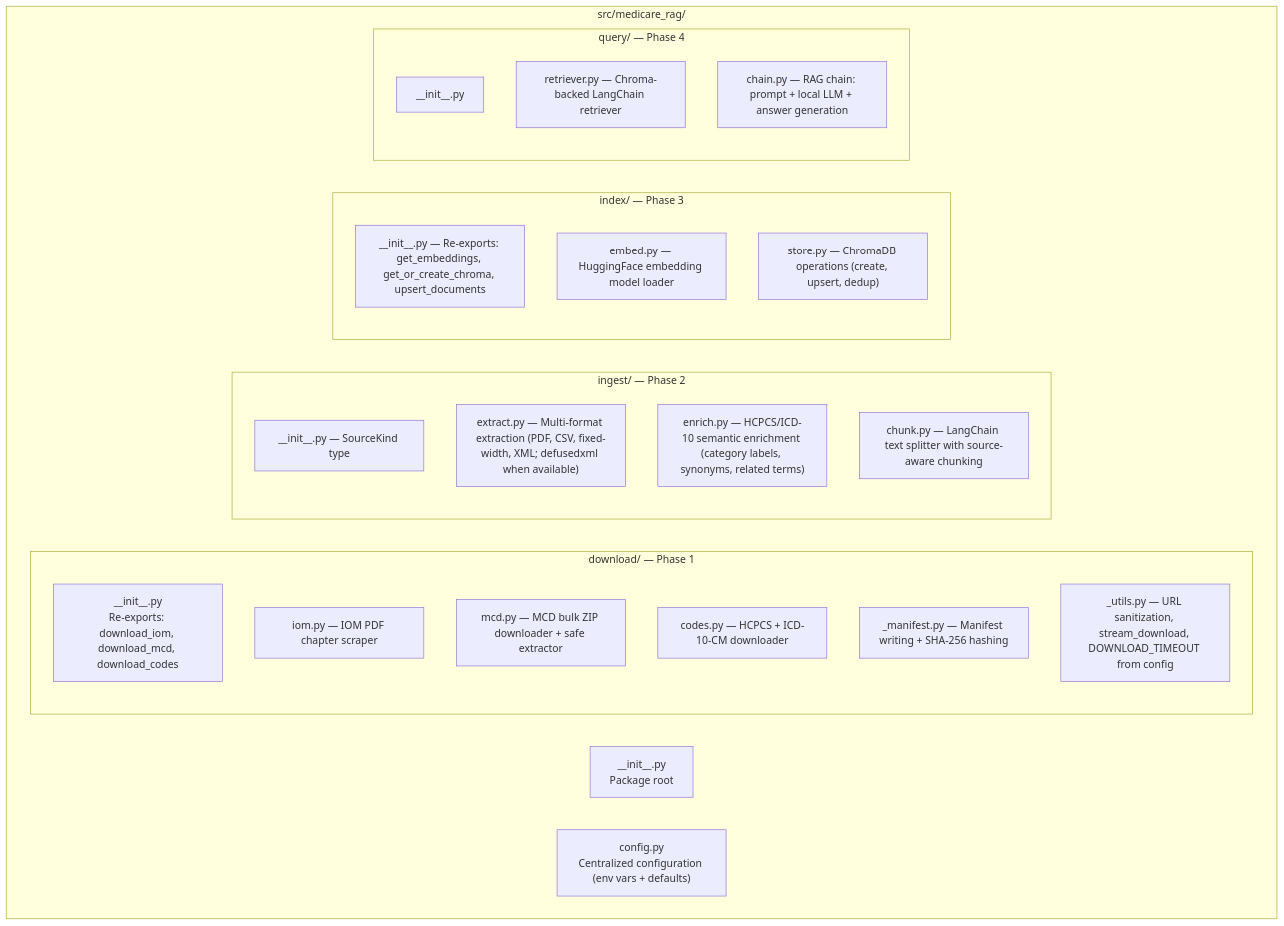
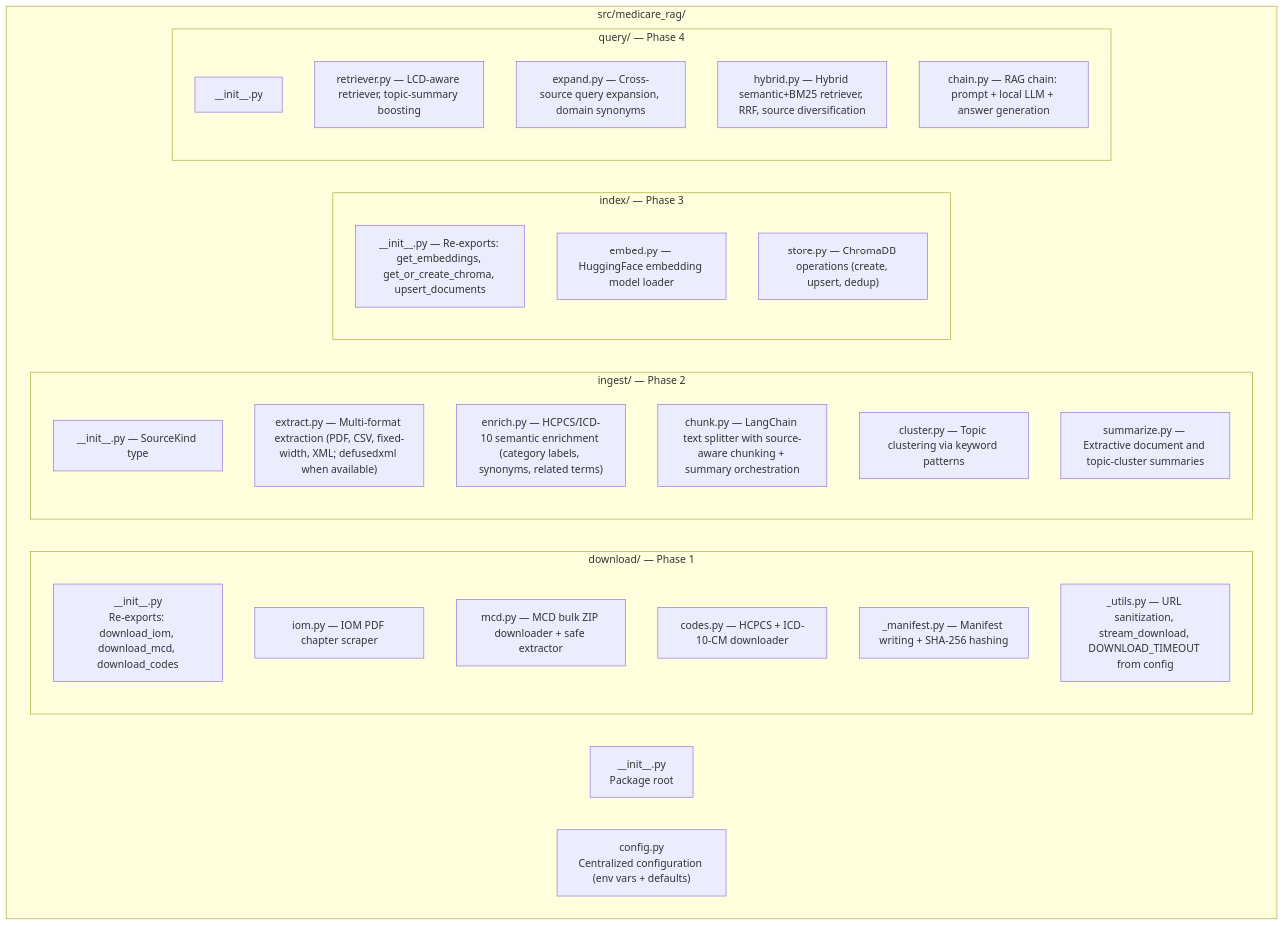
The seventh of 8 diagrams in ARCHITECTURE.md (csmangum/insurance_rag), drawn with Mermaid before and after one commit. The commit also changed other lines of this file, not shown here.

First line of the commit message:
docs: update ARCHITECTURE.md with hybrid retriever, topic summaries, and new config

````diff
--- a/ARCHITECTURE.md
+++ b/ARCHITECTURE.md
@@ -227,35 +283,39 @@
 ```mermaid
 flowchart TB
   subgraph Root["src/medicare_rag/"]
     Init["__init__.py\nPackage root"]
     Config["config.py\nCentralized configuration (env vars + defaults)"]
 
     subgraph Download["download/ — Phase 1"]
       DInit["__init__.py\nRe-exports: download_iom, download_mcd, download_codes"]
       IOM["iom.py — IOM PDF chapter scraper"]
       MCD["mcd.py — MCD bulk ZIP downloader + safe extractor"]
       Codes["codes.py — HCPCS + ICD-10-CM downloader"]
       Manifest["_manifest.py — Manifest writing + SHA-256 hashing"]
       Utils["_utils.py — URL sanitization, stream_download, DOWNLOAD_TIMEOUT from config"]
     end
 
     subgraph Ingest["ingest/ — Phase 2"]
       IInit["__init__.py — SourceKind type"]
       Extract["extract.py — Multi-format extraction (PDF, CSV, fixed-width, XML; defusedxml when available)"]
       Enrich["enrich.py — HCPCS/ICD-10 semantic enrichment (category labels, synonyms, related terms)"]
-      Chunk["chunk.py — LangChain text splitter with source-aware chunking"]
+      Chunk["chunk.py — LangChain text splitter with source-aware chunking + summary orchestration"]
+      Cluster["cluster.py — Topic clustering via keyword patterns"]
+      Summarize["summarize.py — Extractive document and topic-cluster summaries"]
     end
 
     subgraph Index["index/ — Phase 3"]
       IdxInit["__init__.py — Re-exports: get_embeddings, get_or_create_chroma, upsert_documents"]
       Embed["embed.py — HuggingFace embedding model loader"]
       Store["store.py — ChromaDB operations (create, upsert, dedup)"]
     end
 
     subgraph Query["query/ — Phase 4"]
       QInit["__init__.py"]
-      Retriever["retriever.py — Chroma-backed LangChain retriever"]
+      Retriever["retriever.py — LCD-aware retriever, topic-summary boosting"]
+      Expand["expand.py — Cross-source query expansion, domain synonyms"]
+      Hybrid["hybrid.py — Hybrid semantic+BM25 retriever, RRF, source diversification"]
       Chain["chain.py — RAG chain: prompt + local LLM + answer generation"]
     end
   end
 ```
````
